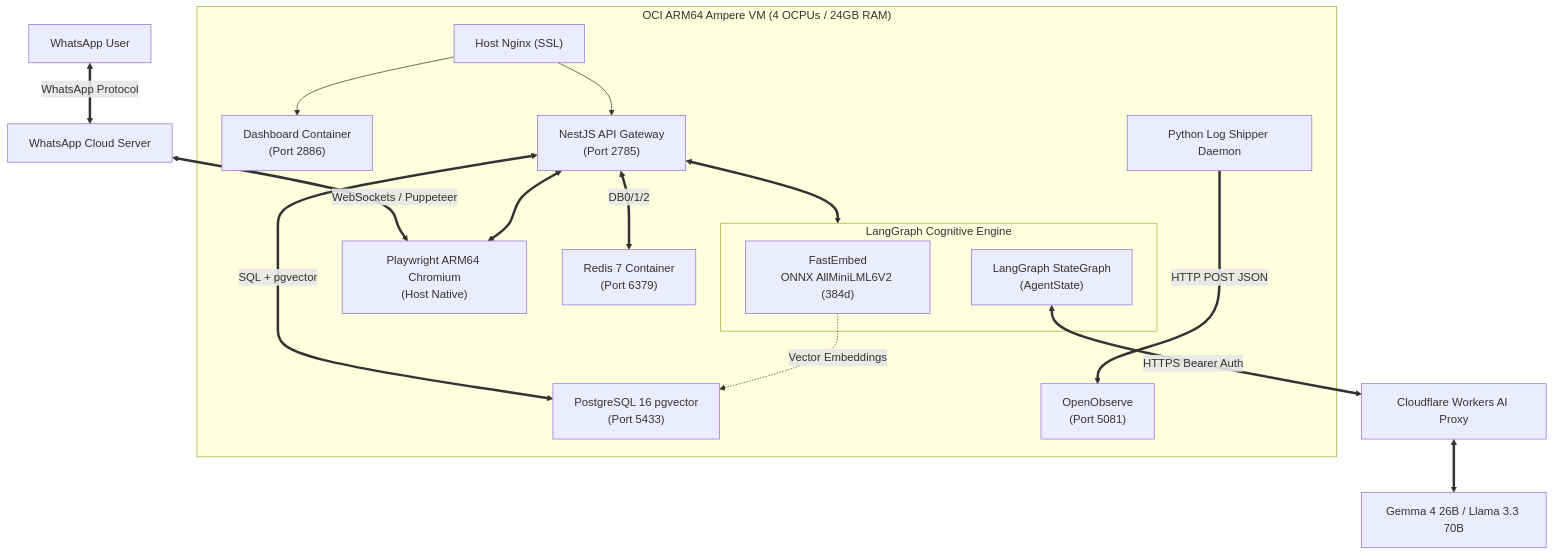
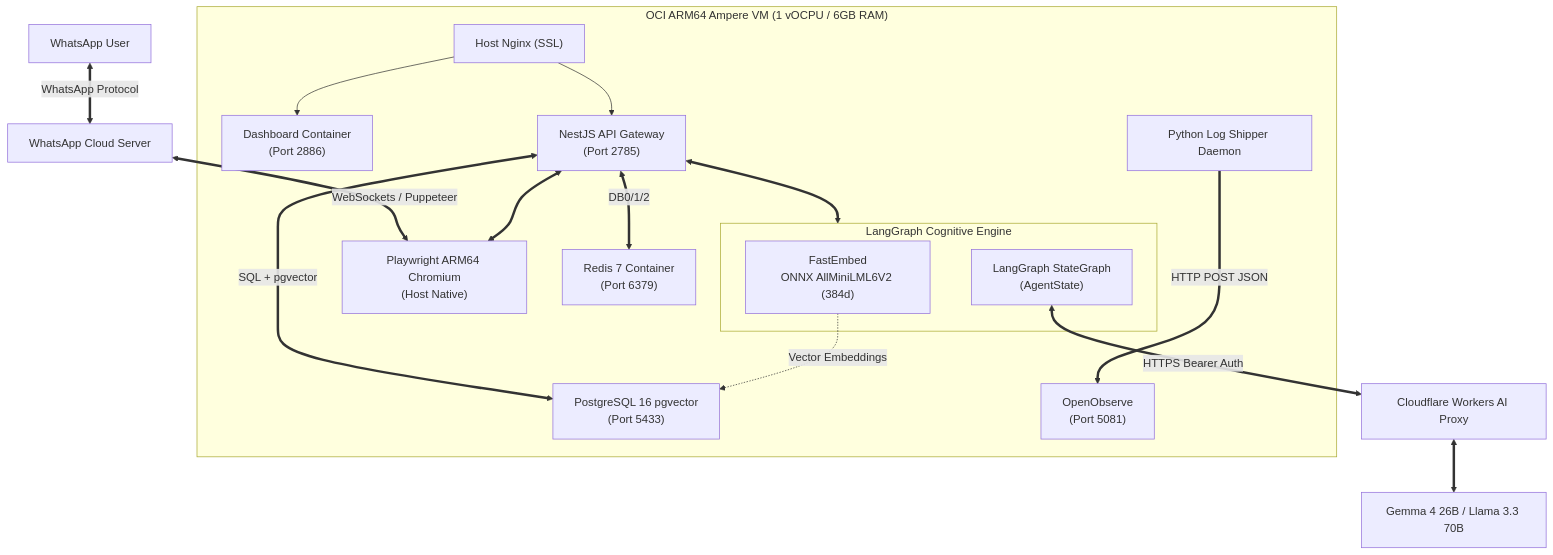
One commit to Uttam-Mahata/portfolio changed the first of 3 diagrams in public/blog-posts/posts/openwa-ai-whatsapp-gateway.md. Above: the diagram before and after it, drawn with Mermaid.

Commit message:
fix: correct OCI VM spec to 1 vOCPU / 6GB RAM

````diff
--- a/public/blog-posts/posts/openwa-ai-whatsapp-gateway.md
+++ b/public/blog-posts/posts/openwa-ai-whatsapp-gateway.md
@@ -36,27 +36,27 @@
 ```mermaid
 graph TD
     User["WhatsApp User"] <==>|WhatsApp Protocol| WACloud["WhatsApp Cloud Server"]
     WACloud <==>|WebSockets / Puppeteer| Chromium["Playwright ARM64 Chromium\n(Host Native)"]
 
-    subgraph OCI["OCI ARM64 Ampere VM (4 OCPUs / 24GB RAM)"]
+    subgraph OCI["OCI ARM64 Ampere VM (1 vOCPU / 6GB RAM)"]
         Nginx["Host Nginx (SSL)"] --> Dashboard["Dashboard Container\n(Port 2886)"]
         Nginx --> NestAPI["NestJS API Gateway\n(Port 2785)"]
 
         NestAPI <==> Chromium
         NestAPI <==>|DB0/1/2| Redis["Redis 7 Container\n(Port 6379)"]
         NestAPI <==>|SQL + pgvector| PG["PostgreSQL 16 pgvector\n(Port 5433)"]
 
         subgraph AI["LangGraph Cognitive Engine"]
             FastEmbed["FastEmbed\nONNX AllMiniLML6V2 (384d)"]
             LangGraph["LangGraph StateGraph\n(AgentState)"]
         end
 
         NestAPI <==> AI
         FastEmbed -.->|Vector Embeddings| PG
 
         Shipper["Python Log Shipper Daemon"] ===>|HTTP POST JSON| OO["OpenObserve\n(Port 5081)"]
     end
 
     LangGraph <==>|HTTPS Bearer Auth| CFProxy["Cloudflare Workers AI Proxy"]
     CFProxy <==> CFModels["Gemma 4 26B / Llama 3.3 70B"]
 ```
````
